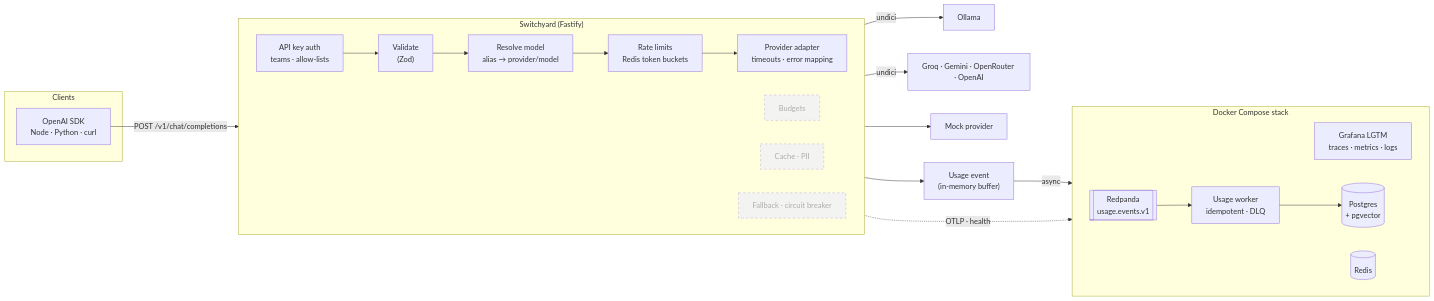
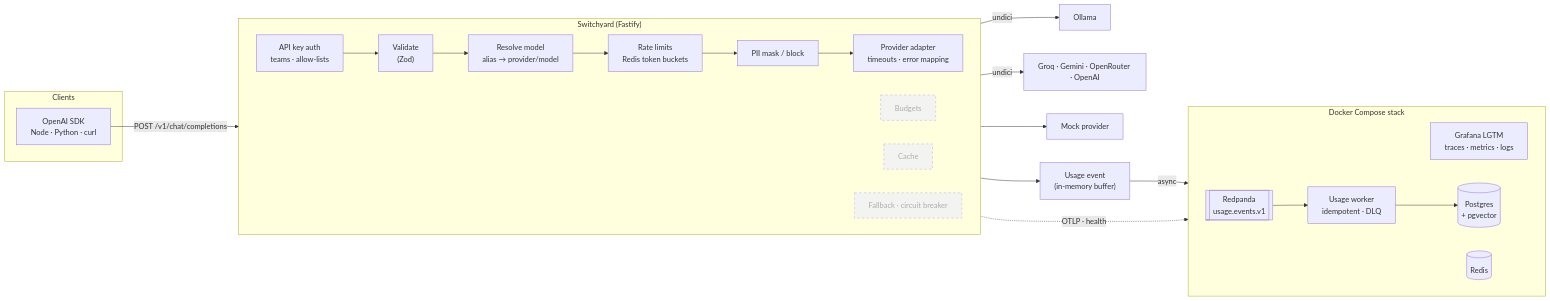
Before and after one commit to thisanches07/switchyard: the first of 6 diagrams in README.md, drawn with Mermaid. The commit also changed other lines of this file and 3 other files, not shown here.

````diff
--- a/README.md
+++ b/README.md
@@ -213,37 +213,38 @@
 ```mermaid
 flowchart LR
   subgraph Clients
     SDK["OpenAI SDK<br/>Node · Python · curl"]
   end
 
   subgraph GW["Switchyard (Fastify)"]
     direction LR
     AUTH["API key auth<br/>teams · allow-lists"] --> V["Validate<br/>(Zod)"]
     V --> RES["Resolve model<br/>alias → provider/model"]
-    RES --> LIM --> AD["Provider adapter<br/>timeouts · error mapping"]
+    RES --> LIM --> PII --> AD["Provider adapter<br/>timeouts · error mapping"]
     LIM["Rate limits<br/>Redis token buckets"]
+    PII["PII mask / block"]
     BUD["Budgets"]:::planned
-    CACHE["Cache · PII"]:::planned
+    CACHE["Cache"]:::planned
     FB["Fallback · circuit breaker"]:::planned
   end
 
   SDK -->|"POST /v1/chat/completions"| AUTH
   AD -->|undici| OL["Ollama"]
   AD -->|undici| OAI["Groq · Gemini · OpenRouter · OpenAI"]
   AD --> MOCK["Mock provider"]
   AD --> EV["Usage event<br/>(in-memory buffer)"]
 
   subgraph Infra["Docker Compose stack"]
     direction LR
     LGTM["Grafana LGTM<br/>traces · metrics · logs"]
     PG[("Postgres<br/>+ pgvector")]
     RD[("Redis")]
     KF[["Redpanda<br/>usage.events.v1"]]
     WK["Usage worker<br/>idempotent · DLQ"]
   end
 
   EV -->|async| KF --> WK --> PG
   GW -. "OTLP · health" .-> Infra
 
   classDef planned stroke-dasharray: 5 5,opacity:0.6
 ```
````
